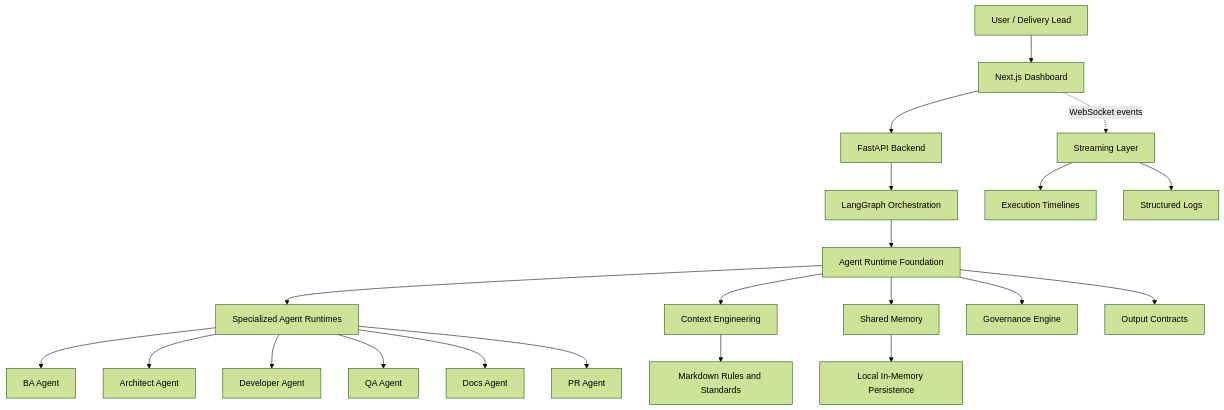
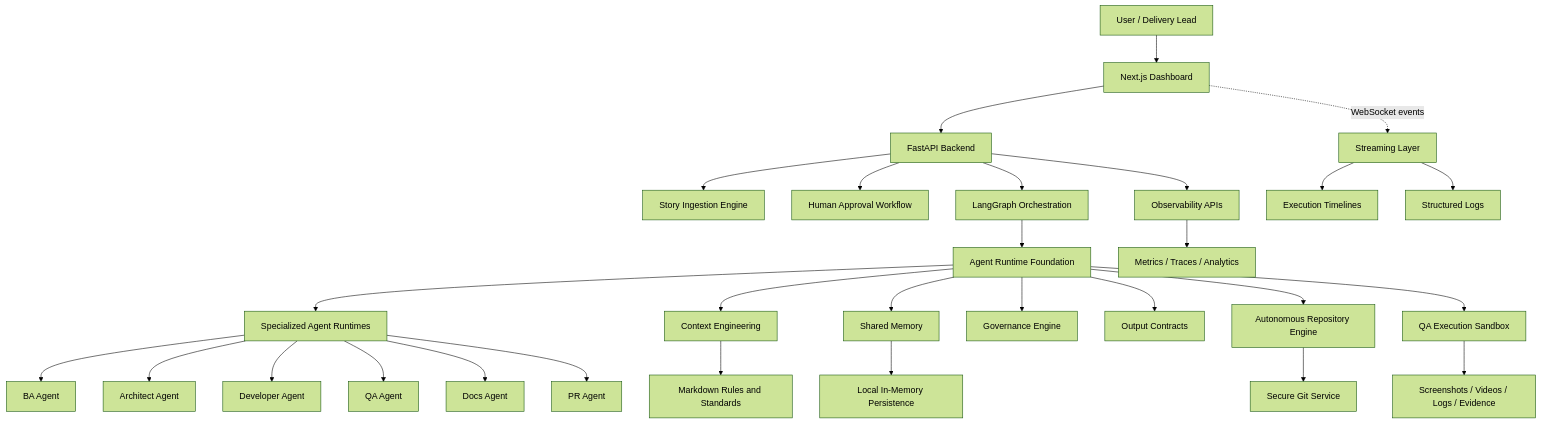
Before and after one commit to fhuamanr/LegionAgents: the first of 6 diagrams in README.md, drawn with Mermaid (forest theme). The commit also changed other lines of this file and 2 other files, not shown here.

````diff
--- a/README.md
+++ b/README.md
@@ -50,27 +56,35 @@
 ```mermaid
 flowchart TB
   User["User / Delivery Lead"] --> Frontend["Next.js Dashboard"]
   Frontend --> Api["FastAPI Backend"]
   Frontend -. "WebSocket events" .-> Streaming["Streaming Layer"]
 
+  Api --> Ingestion["Story Ingestion Engine"]
+  Api --> Approvals["Human Approval Workflow"]
+  Api --> Observability["Observability APIs"]
   Api --> Graph["LangGraph Orchestration"]
   Graph --> Runtime["Agent Runtime Foundation"]
   Runtime --> Agents["Specialized Agent Runtimes"]
 
   Agents --> BA["BA Agent"]
   Agents --> Architect["Architect Agent"]
   Agents --> Developer["Developer Agent"]
   Agents --> QA["QA Agent"]
   Agents --> Docs["Docs Agent"]
   Agents --> PR["PR Agent"]
 
   Runtime --> Context["Context Engineering"]
   Runtime --> Memory["Shared Memory"]
   Runtime --> Governance["Governance Engine"]
   Runtime --> Contracts["Output Contracts"]
+  Runtime --> RepoEngine["Autonomous Repository Engine"]
+  Runtime --> QASandbox["QA Execution Sandbox"]
 
   Context --> Rules["Markdown Rules and Standards"]
   Memory --> LocalStore["Local In-Memory Persistence"]
   Streaming --> Timeline["Execution Timelines"]
   Streaming --> Logs["Structured Logs"]
+  Observability --> Metrics["Metrics / Traces / Analytics"]
+  RepoEngine --> Git["Secure Git Service"]
+  QASandbox --> Evidence["Screenshots / Videos / Logs / Evidence"]
 ```
````
